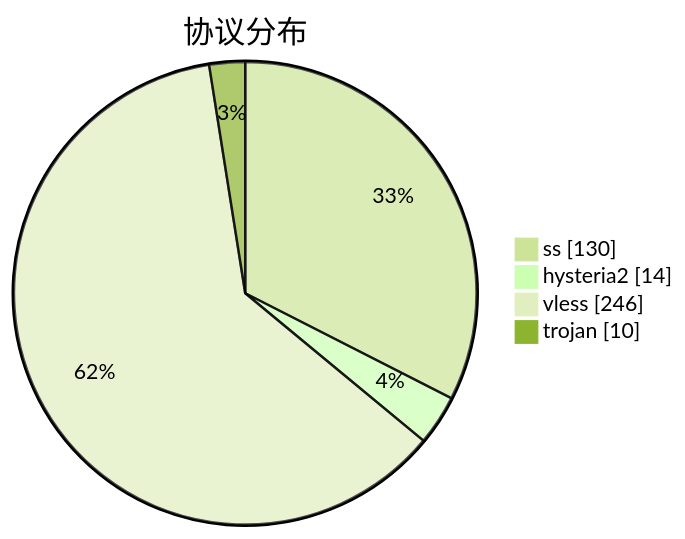
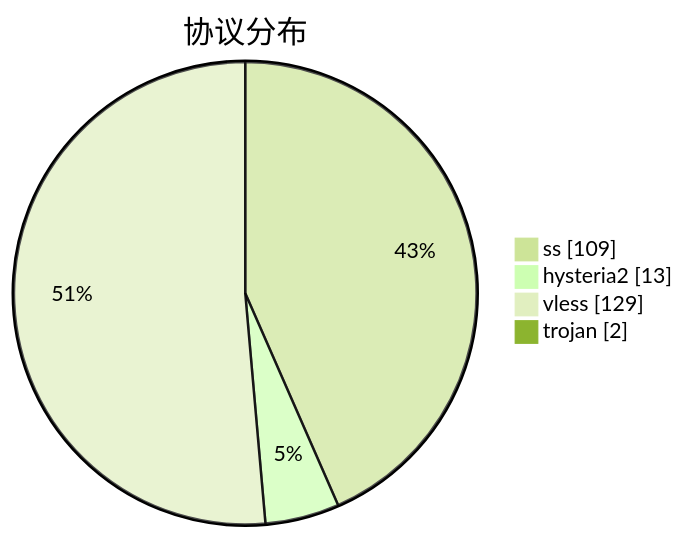
Before and after one commit to qjlxg/airport: the third of 3 diagrams in subs/statistics/tested_within.md, drawn with Mermaid (forest theme). The commit also changed other lines of this file and 2 other files, not shown here.

````diff
--- a/subs/statistics/tested_within.md
+++ b/subs/statistics/tested_within.md
@@ -19,8 +18,8 @@
 ```mermaid
 pie showData
 title 协议分布
-"ss" : 130
-"hysteria2" : 14
-"vless" : 246
-"trojan" : 10
+"ss" : 109
+"hysteria2" : 13
+"vless" : 129
+"trojan" : 2
 ```
````
